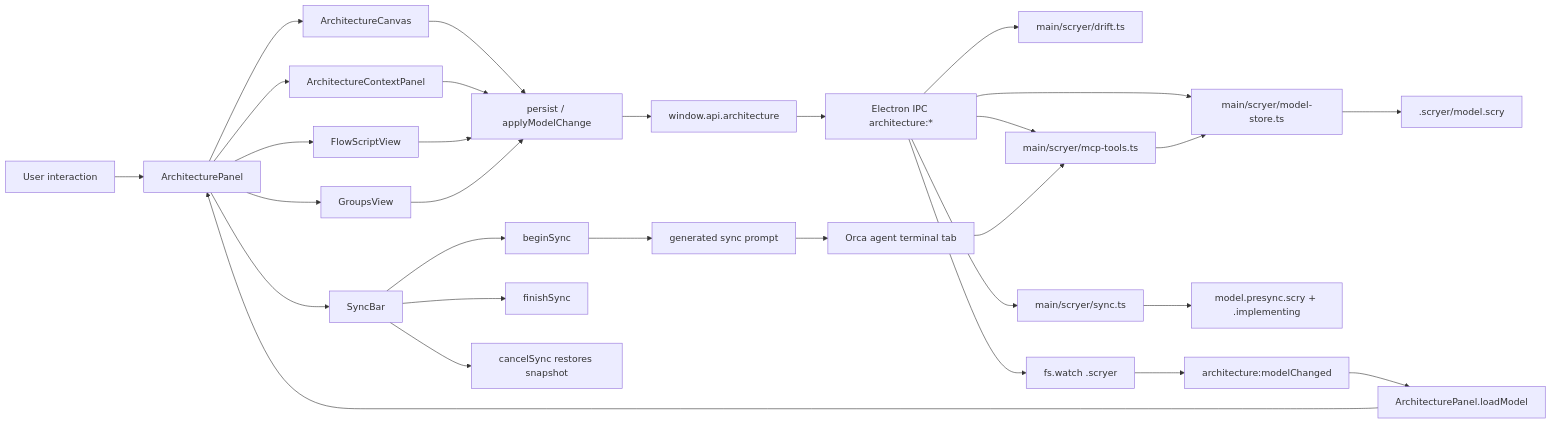
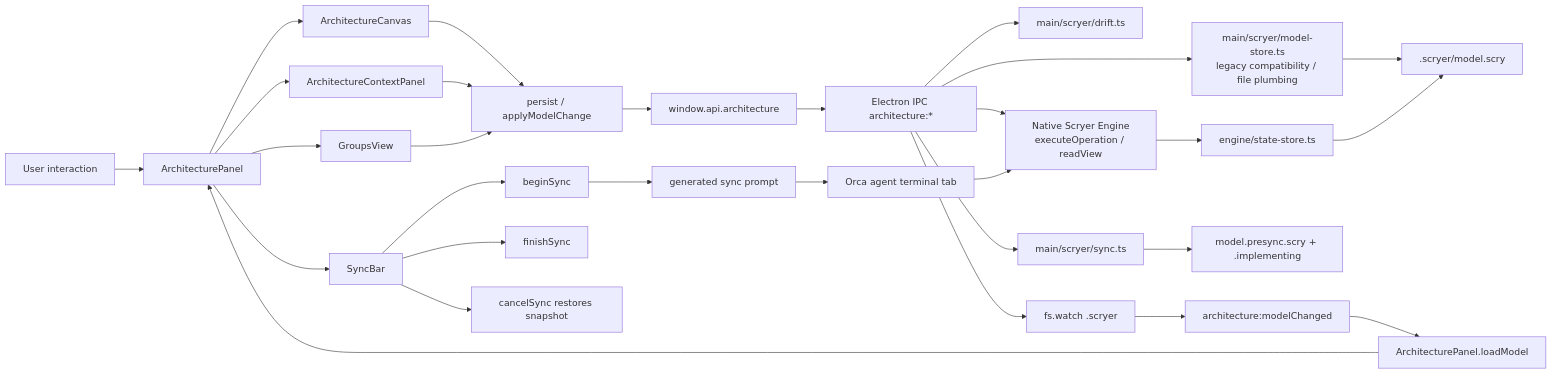
Before and after one commit to Nikolatesla-lj/orca: the second of 7 diagrams in docs/orca-scryer-uml-gap-analysis.md, drawn with Mermaid. The commit also changed other lines of this file and 10 other files, not shown here.

````diff
--- a/docs/orca-scryer-uml-gap-analysis.md
+++ b/docs/orca-scryer-uml-gap-analysis.md
@@ -65,37 +70,36 @@
 ```mermaid
 flowchart LR
   User[User interaction] --> Panel[ArchitecturePanel]
   Panel --> Canvas[ArchitectureCanvas]
   Panel --> Context[ArchitectureContextPanel]
-  Panel --> Flows[FlowScriptView]
   Panel --> Groups[GroupsView]
   Panel --> Sync[SyncBar]
 
   Canvas --> Persist[persist / applyModelChange]
   Context --> Persist
-  Flows --> Persist
   Groups --> Persist
 
   Persist --> Preload[window.api.architecture]
   Preload --> IPC[Electron IPC architecture:*]
-  IPC --> Store[main/scryer/model-store.ts]
+  IPC --> Store[main/scryer/model-store.ts<br/>legacy compatibility / file plumbing]
   Store --> ModelFile[.scryer/model.scry]
 
   IPC --> Drift[main/scryer/drift.ts]
-  IPC --> Tools[main/scryer/mcp-tools.ts]
+  IPC --> Ops[Native Scryer Engine<br/>executeOperation / readView]
   IPC --> SyncMain[main/scryer/sync.ts]
-  Tools --> Store
+  Ops --> EngineStore[engine/state-store.ts]
+  EngineStore --> ModelFile
   SyncMain --> Snapshot[model.presync.scry + .implementing]
 
   IPC --> Watch[fs.watch .scryer]
   Watch --> ModelChanged[architecture:modelChanged]
   ModelChanged --> LoadModel[ArchitecturePanel.loadModel]
   LoadModel --> Panel
 
   Sync --> BeginSync[beginSync]
   BeginSync --> Prompt[generated sync prompt]
   Prompt --> OrcaAgent[Orca agent terminal tab]
-  OrcaAgent --> Tools
+  OrcaAgent --> Ops
   Sync --> Finish[finishSync]
   Sync --> Cancel[cancelSync restores snapshot]
 ```
````
